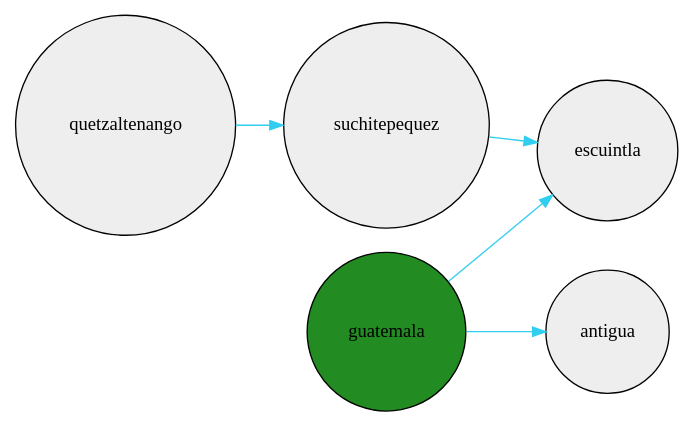
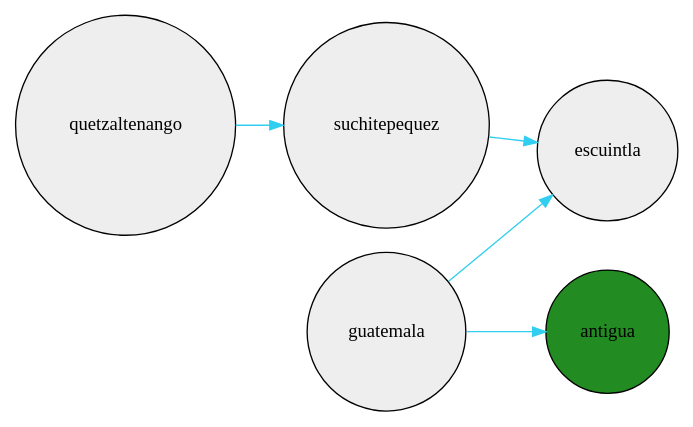
One commit to Fxhnd13/ProyectoFinalEstructuraDeDatos changed the diagram in src/Images/grafo.dot. Above: the diagram before and after it, drawn with Graphviz. The commit also changed 11 other files, not shown here.

```diff
--- a/src/Images/grafo.dot
+++ b/src/Images/grafo.dot
@@ -1,12 +1,12 @@
 digraph G{
      node[shape=circle];
      node[style=filled];
      node[fillcolor="#EEEEEE"];
      edge[color="#31CEF0"];
      guatemala->escuintla;
      guatemala->antigua;
      suchitepequez->escuintla;
      quetzaltenango->suchitepequez;
-     guatemala[fillcolor="forestgreen"];
+     antigua[fillcolor="forestgreen"];
      rankdir=LR;
 }
```
